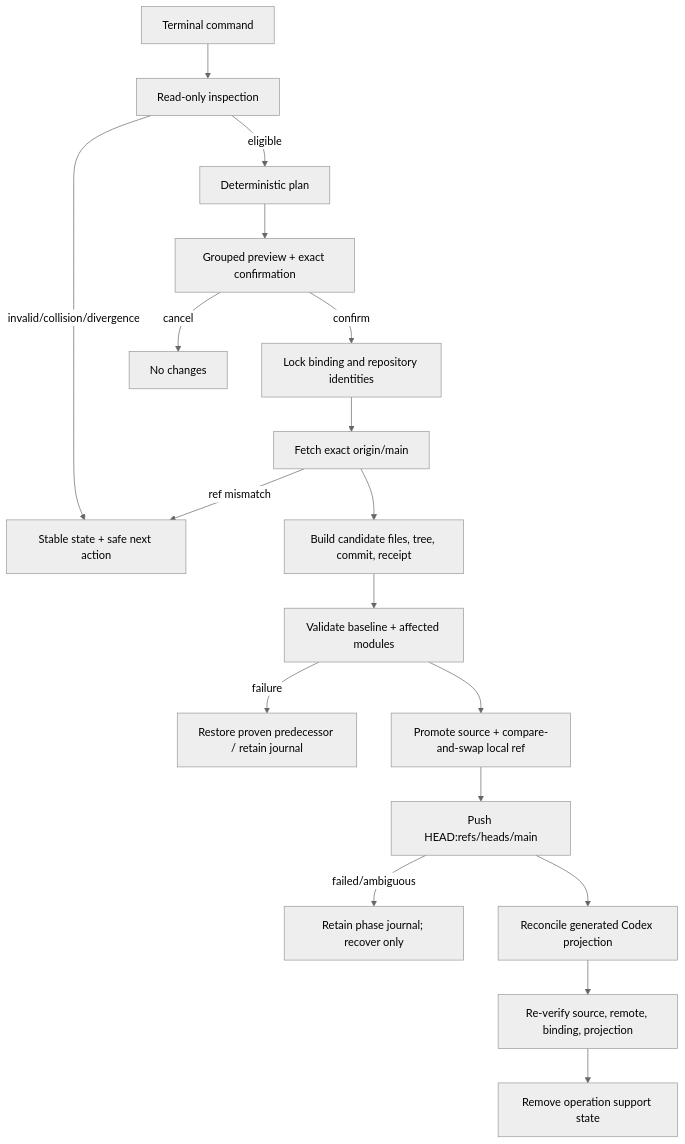
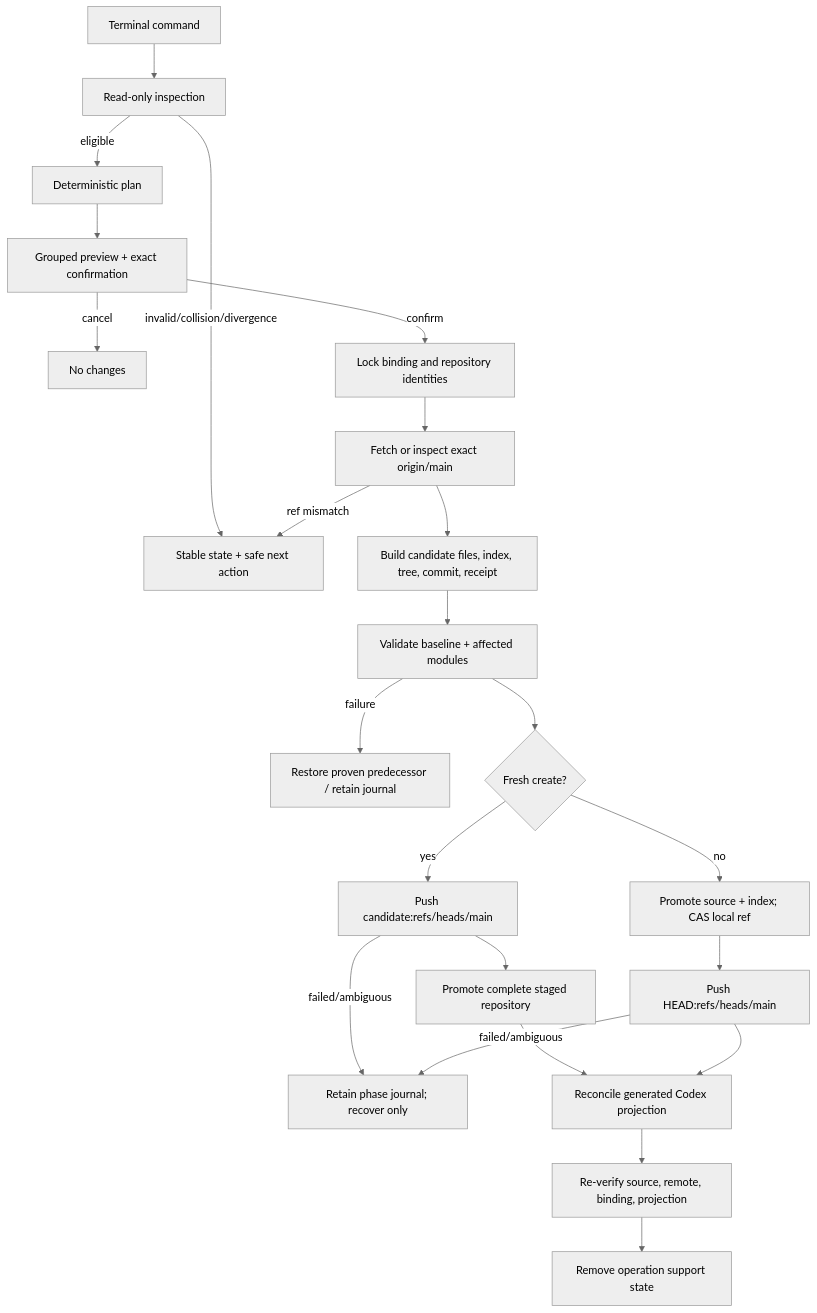
Before and after one commit to acoz-labs/my-friday: the diagram in docs/plans/92-canonical-assistant-kernel/03-design.md, drawn with Mermaid (neutral theme). The commit also changed other lines of this file and 5 other files, not shown here.

````diff
--- a/docs/plans/92-canonical-assistant-kernel/03-design.md
+++ b/docs/plans/92-canonical-assistant-kernel/03-design.md
@@ -5,20 +5,25 @@
 ```mermaid
 flowchart TD
   CLI[Terminal command] --> Inspect[Read-only inspection]
   Inspect -->|invalid/collision/divergence| Deny[Stable state + safe next action]
   Inspect -->|eligible| Plan[Deterministic plan]
   Plan --> Preview[Grouped preview + exact confirmation]
   Preview -->|cancel| Noop[No changes]
   Preview -->|confirm| Lock[Lock binding and repository identities]
-  Lock --> Fetch[Fetch exact origin/main]
+  Lock --> Fetch[Fetch or inspect exact origin/main]
   Fetch -->|ref mismatch| Deny
-  Fetch --> Stage[Build candidate files, tree, commit, receipt]
+  Fetch --> Stage[Build candidate files, index, tree, commit, receipt]
   Stage --> Validate[Validate baseline + affected modules]
   Validate -->|failure| Restore[Restore proven predecessor / retain journal]
-  Validate --> Promote[Promote source + compare-and-swap local ref]
-  Promote --> Push[Push HEAD:refs/heads/main]
-  Push -->|failed/ambiguous| Journal[Retain phase journal; recover only]
-  Push --> Projection[Reconcile generated Codex projection]
+  Validate --> Route{Fresh create?}
+  Route -->|yes| CreatePush[Push candidate:refs/heads/main]
+  CreatePush --> CreatePromote[Promote complete staged repository]
+  CreatePush -->|failed/ambiguous| Journal[Retain phase journal; recover only]
+  CreatePromote --> Projection[Reconcile generated Codex projection]
+  Route -->|no| Promote[Promote source + index; CAS local ref]
+  Promote --> UpdatePush[Push HEAD:refs/heads/main]
+  UpdatePush -->|failed/ambiguous| Journal
+  UpdatePush --> Projection
   Projection --> Final[Re-verify source, remote, binding, projection]
   Final --> Cleanup[Remove operation support state]
 ```
````
